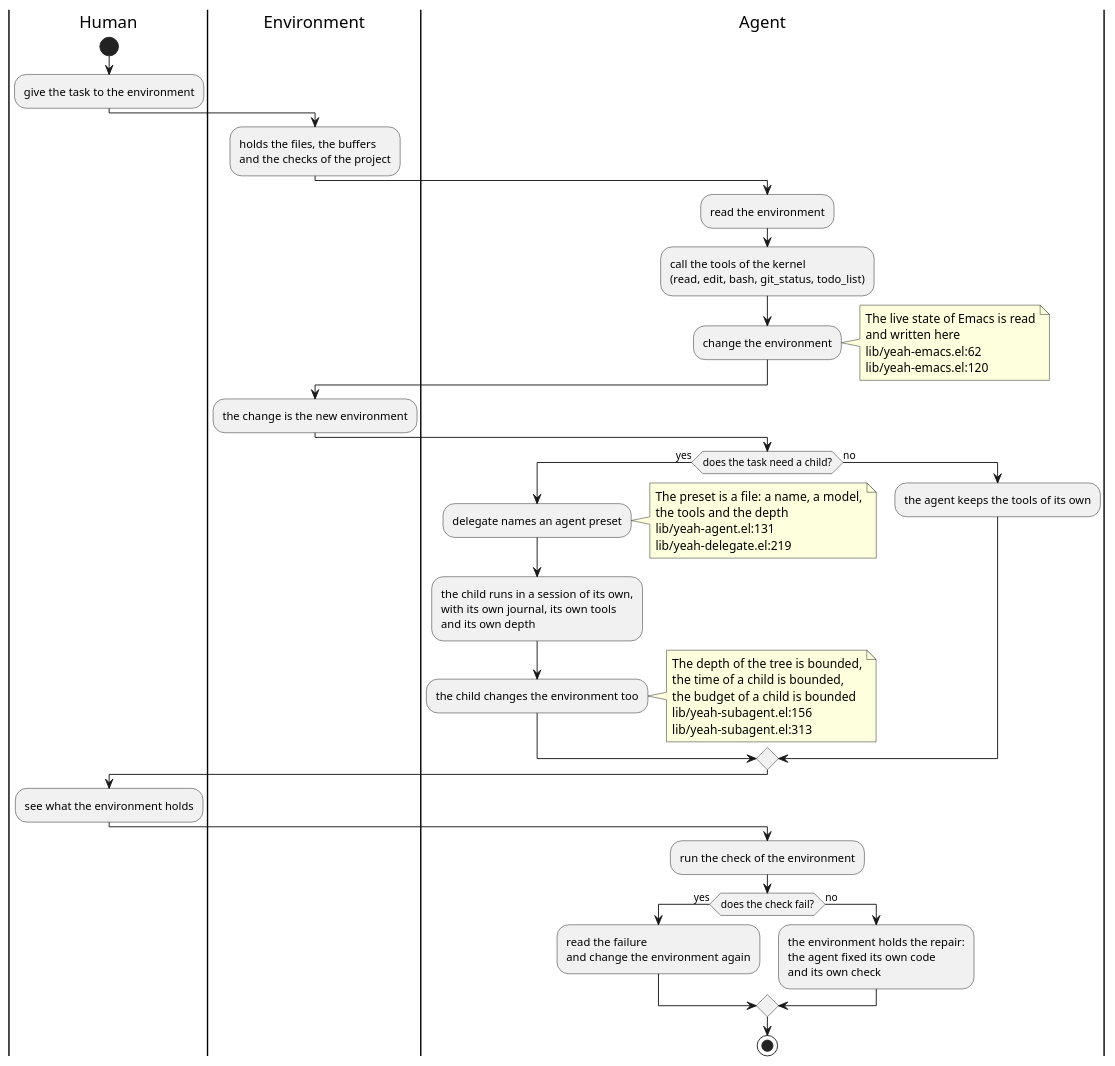
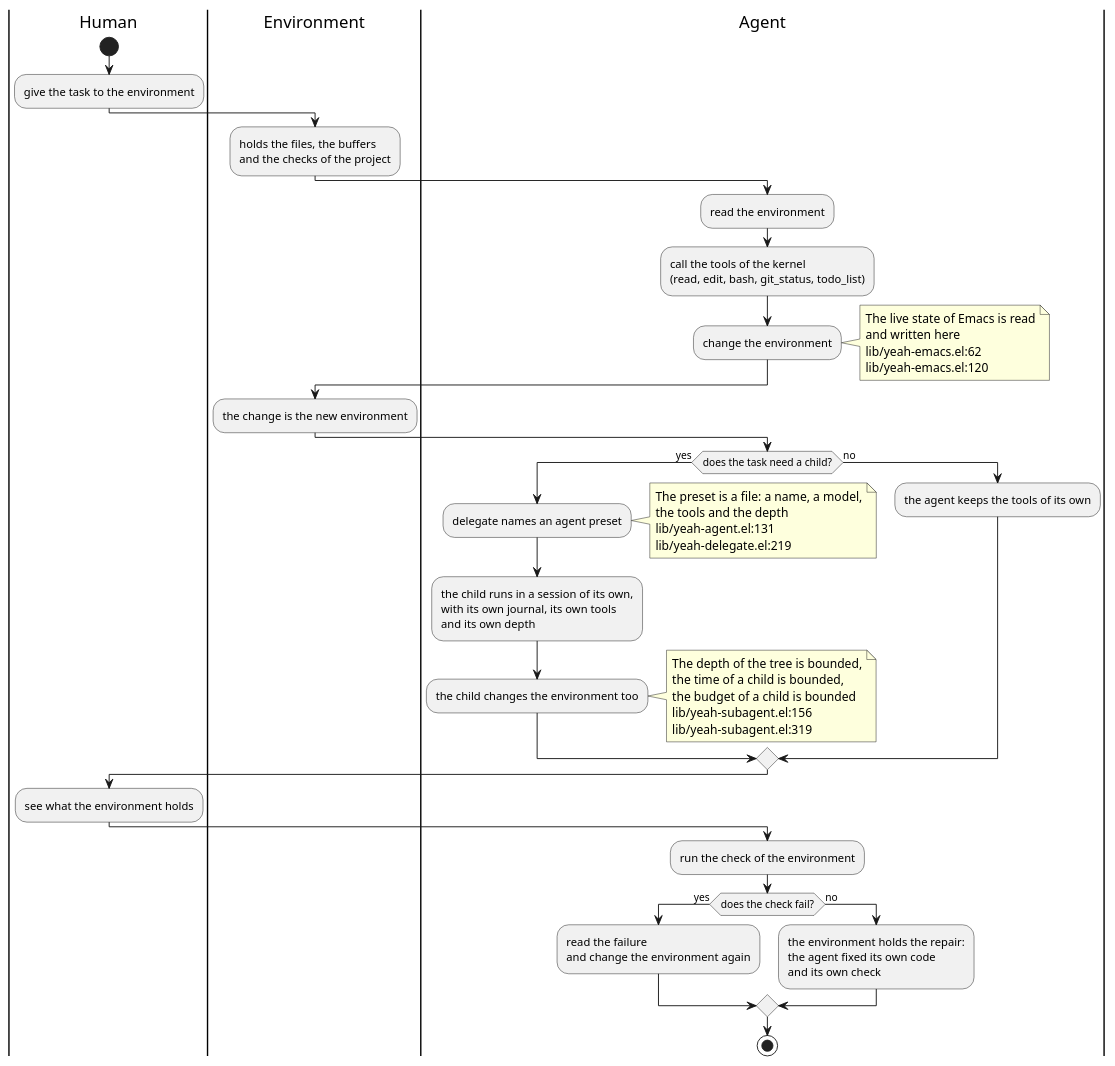
Before and after one commit to 11111000000/yeah: the diagram in site/diagrams/fixed-point.puml, drawn with PlantUML. The commit also changed 7 other files, not shown here.

```diff
--- a/site/diagrams/fixed-point.puml
+++ b/site/diagrams/fixed-point.puml
@@ -1,71 +1,71 @@
 @startuml fixed-point
 ' The fixed point of the Y.
 '
 ' The Y of the name is the Y-combinator: person -> environment -> agent ->
 ' environment.  This picture gives that sentence a shape, and ties it to the
 ' one thing of the kernel that makes it a loop: the delegation.  A child of a
 ' delegation runs in a session of its own, with a journal of its own, with the
 ' tools of its preset and at a depth of its own.
 '
 ' The limits are on the picture on purpose: the depth of the tree is bounded,
 ' the time of a child is bounded and the budget of a child is bounded.  A
 ' recursion that is not bounded is not a fixed point, it is a fork bomb.
 '
 ' The fixed point is the last step of the picture: the agent changes the code
 ' and the check that hold it, and the check passes afterwards.
 
 |Human|
 start
 :give the task to the environment;
 
 |Environment|
 :holds the files, the buffers\nand the checks of the project;
 
 |Agent|
 :read the environment;
 :call the tools of the kernel\n(read, edit, bash, git_status, todo_list);
 :change the environment;
 note right
   The live state of Emacs is read
   and written here
   lib/yeah-emacs.el:62
   lib/yeah-emacs.el:120
 end note
 
 |Environment|
 :the change is the new environment;
 
 |Agent|
 if (does the task need a child?) then (yes)
   :delegate names an agent preset;
   note right
     The preset is a file: a name, a model,
     the tools and the depth
     lib/yeah-agent.el:131
     lib/yeah-delegate.el:219
   end note
   :the child runs in a session of its own,\nwith its own journal, its own tools\nand its own depth;
   :the child changes the environment too;
   note right
     The depth of the tree is bounded,
     the time of a child is bounded,
     the budget of a child is bounded
     lib/yeah-subagent.el:156
-    lib/yeah-subagent.el:313
+    lib/yeah-subagent.el:319
   end note
 else (no)
   :the agent keeps the tools of its own;
 endif
 
 |Human|
 :see what the environment holds;
 
 |Agent|
 :run the check of the environment;
 if (does the check fail?) then (yes)
   :read the failure\nand change the environment again;
 else (no)
   :the environment holds the repair:\nthe agent fixed its own code\nand its own check;
 endif
 stop
 @enduml
```
